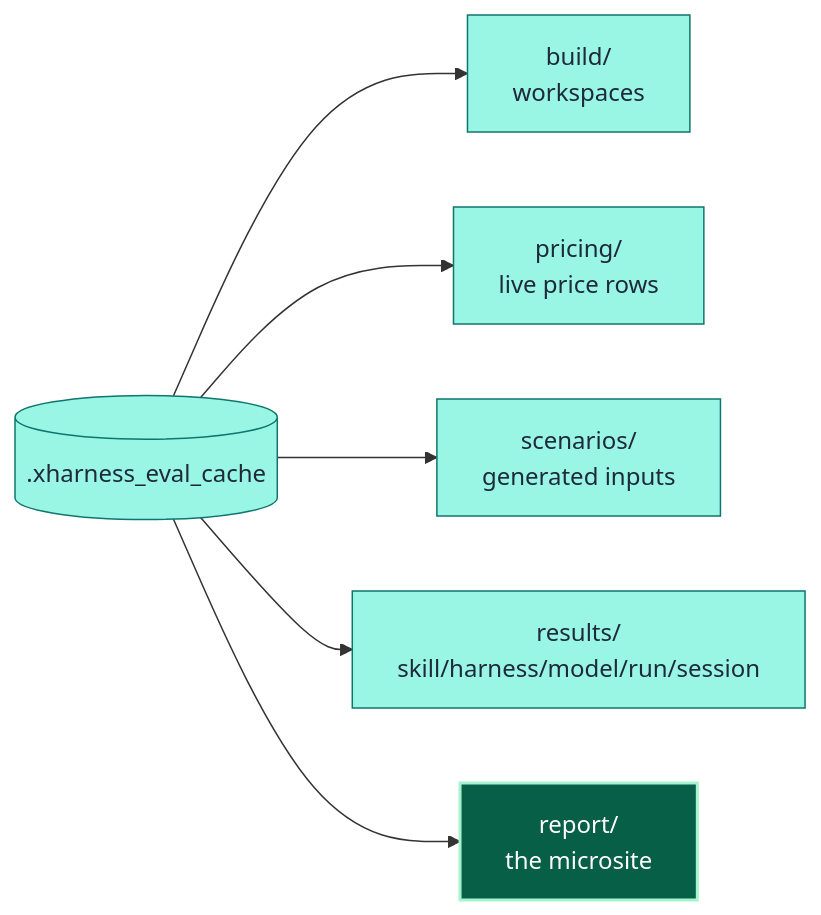
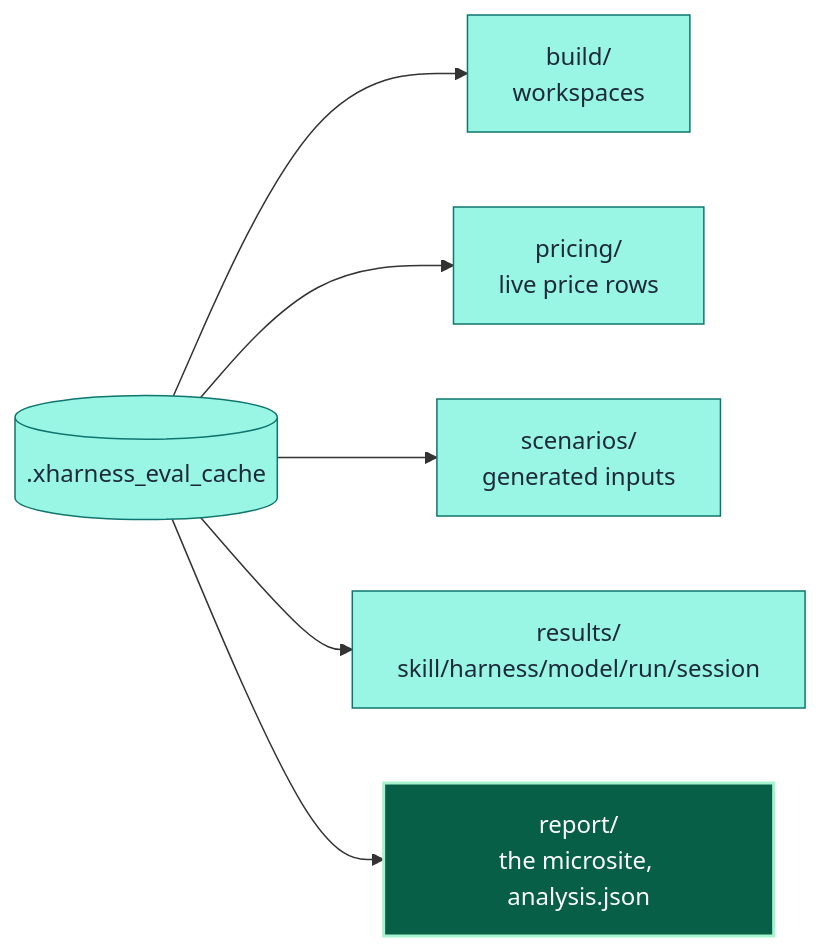
Diagram 20 of 39 in ARCHITECTURE.md (neozenith/pytest-xharness-eval), drawn with Mermaid before and after one commit. The commit also changed other lines of this file and 1 other file, not shown here.

First line of the commit message:
docs: ARCHITECTURE.md refreshed for the wired Analyzer, CellPlan and ADR 0076 names

````diff
--- a/ARCHITECTURE.md
+++ b/ARCHITECTURE.md
@@ -1209,16 +1277,16 @@
 ```mermaid
 flowchart LR
     ROOT[(".xharness_eval_cache")]
     BUILD["build/<br/>workspaces"]
     PRICING["pricing/<br/>live price rows"]
     SCN["scenarios/<br/>generated inputs"]
     RES["results/<br/>skill/harness/model/run/session"]
-    REP["report/<br/>the microsite"]
+    REP["report/<br/>the microsite, analysis.json"]
 
     ROOT --> BUILD & PRICING & SCN & RES & REP
 
     classDef store fill:#99f6e4,stroke:#0f766e,color:#1e293b,stroke-width:1px
     classDef emit fill:#065f46,stroke:#a7f3d0,color:#fff,stroke-width:2px
     class ROOT,BUILD,PRICING,SCN,RES store
     class REP emit
 ```
````
